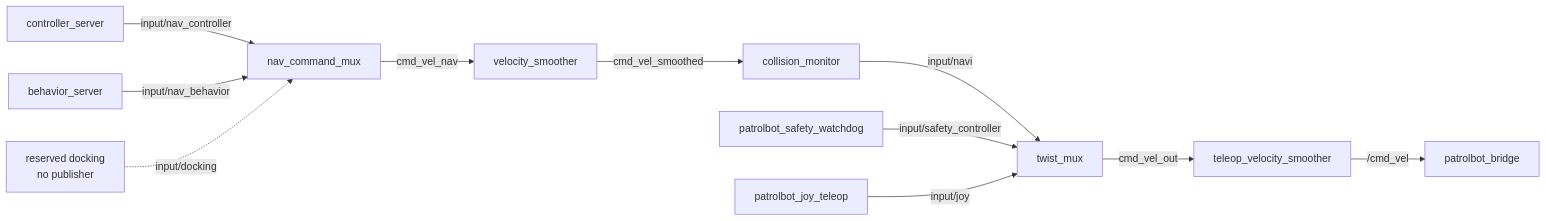
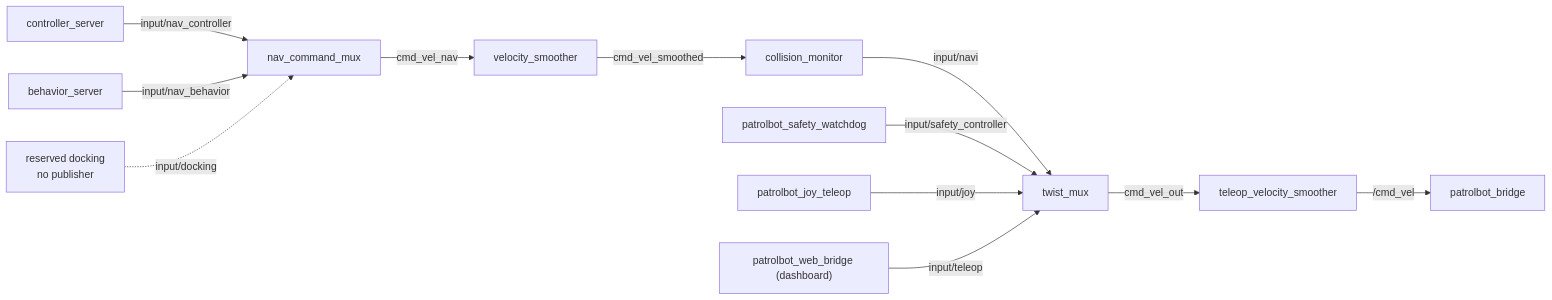
The diagram in docs/ros2/topics.md (cmu-impactlab/patrolbot), drawn with Mermaid before and after one commit. The commit also changed other lines of this file and 5 other files, not shown here.

Commit message:
Document the dashboard teleop channel and its priority order

````diff
--- a/docs/ros2/topics.md
+++ b/docs/ros2/topics.md
@@ -50,13 +53,14 @@
 ```mermaid
 flowchart LR
     A["controller_server"] -->|input/nav_controller| N["nav_command_mux"]
     H["behavior_server"] -->|input/nav_behavior| N
     R["reserved docking\nno publisher"] -.->|input/docking| N
     N -->|cmd_vel_nav| B["velocity_smoother"]
     B -->|cmd_vel_smoothed| C["collision_monitor"]
     C -->|input/navi| D["twist_mux"]
     S["patrolbot_safety_watchdog"] -->|input/safety_controller| D
     J["patrolbot_joy_teleop"] -->|input/joy| D
+    W["patrolbot_web_bridge (dashboard)"] -->|input/teleop| D
     D -->|cmd_vel_out| E["teleop_velocity_smoother"]
     E -->|/cmd_vel| F["patrolbot_bridge"]
 ```
````
